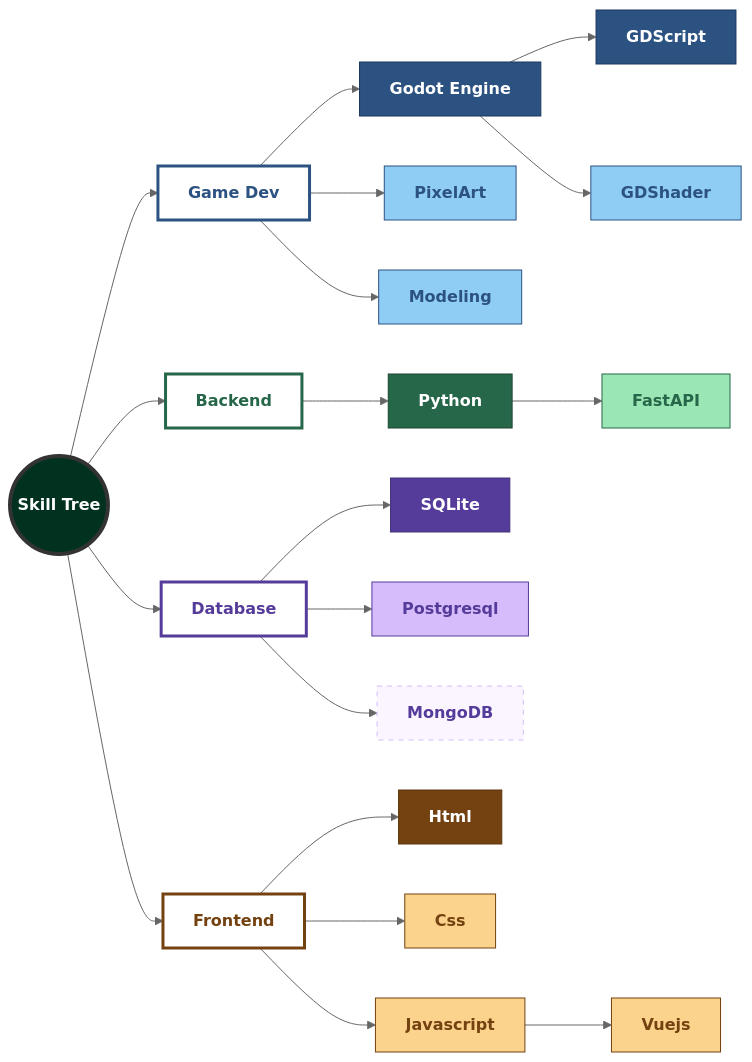
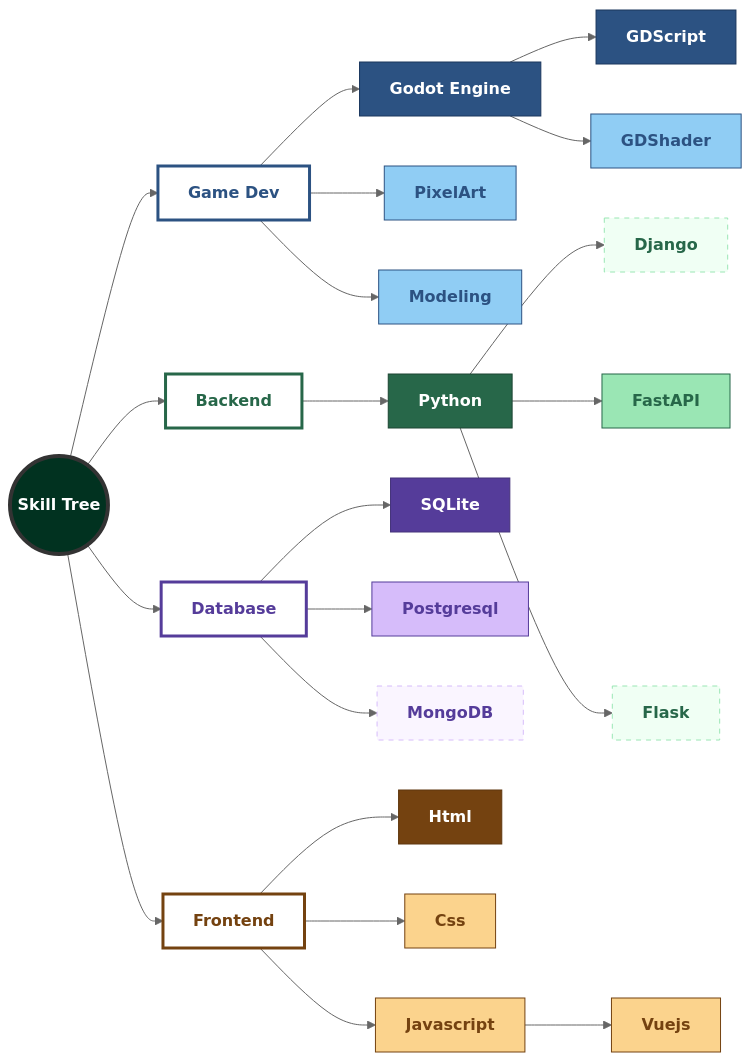
The diagram in README.md (tdbbbfps/tdbbbfps), drawn with Mermaid (neutral theme) before and after one commit.

Commit message:
docs: extend my backend nodes.

````diff
--- a/README.md
+++ b/README.md
@@ -18,59 +18,61 @@
 ```mermaid
 flowchart LR
     classDef root fill:#013220,color:#fff,stroke:#333,stroke-width:4px,font-weight:bold;
     
     %% Branch styles
     classDef g_root fill:#fff,color:#2C5282,stroke:#2C5282,stroke-width:3px,font-weight:bold;
     classDef b_root fill:#fff,color:#276749,stroke:#276749,stroke-width:3px,font-weight:bold;
     classDef f_root fill:#fff,color:#744210,stroke:#744210,stroke-width:3px,font-weight:bold;
     classDef d_root fill:#fff,color:#553C9A,stroke:#553C9A,stroke-width:3px,font-weight:bold;
 
     %% Game dev styles
     classDef g_master fill:#2C5282,color:#fff,stroke:#1A365D;
     classDef g_learning fill:#90CDF4,color:#2C5282,stroke:#2C5282;
     classDef g_planned fill:#EBF8FF,color:#2C5282,stroke:#90CDF4,stroke-dasharray: 5 5;
 
     %% Backend styles
     classDef b_master fill:#276749,color:#fff,stroke:#1C4532;
     classDef b_learning fill:#9AE6B4,color:#276749,stroke:#276749;
     classDef b_planned fill:#F0FFF4,color:#276749,stroke:#9AE6B4,stroke-dasharray: 5 5;
 
     %% Frontend styles
     classDef f_master fill:#744210,color:#fff,stroke:#5F370E;
     classDef f_learning fill:#FBD38D,color:#744210,stroke:#744210;
     classDef f_planned fill:#FFFAF0,color:#744210,stroke:#FBD38D,stroke-dasharray: 5 5;
 
     %% Database styles
     classDef d_master fill:#553C9A,color:#fff,stroke:#44337A;
     classDef d_learning fill:#D6BCFA,color:#553C9A,stroke:#553C9A;
     classDef d_planned fill:#FAF5FF,color:#553C9A,stroke:#D6BCFA,stroke-dasharray: 5 5;
 
     %% Skill tree
     Root((Skill Tree)):::root
 
     %% Game dev branch
     Root --> GameDev[Game Dev]:::g_root
     GameDev --> Godot[Godot Engine]:::g_master
     Godot --> GDScript[GDScript]:::g_master
     Godot --> GDShader[GDShader]:::g_learning
     GameDev --> PixelArt[PixelArt]:::g_learning
     GameDev --> Modeling[Modeling]:::g_learning
 
     %% Backend branch
     Root --> Backend[Backend]:::b_root
     Backend --> Python[Python]:::b_master
+    Python --> Django[Django]:::b_planned
     Python --> FastAPI[FastAPI]:::b_learning
+    Python --> Flask[Flask]:::b_planned
 
     %% Database branch
     Root --> Database[Database]:::d_root
     Database --> SQLite[SQLite]:::d_master
     Database --> Postgresql[Postgresql]:::d_learning
     Database --> MongoDB[MongoDB]:::d_planned
     
     %% Frontend branch
     Root --> Frontend[Frontend]:::f_root
     Frontend --> Html[Html]:::f_master
     Frontend --> Css[Css]:::f_learning
     Frontend --> Javascript[Javascript]:::f_learning
     Javascript --> Vuejs[Vuejs]:::f_learning
 ```
````
